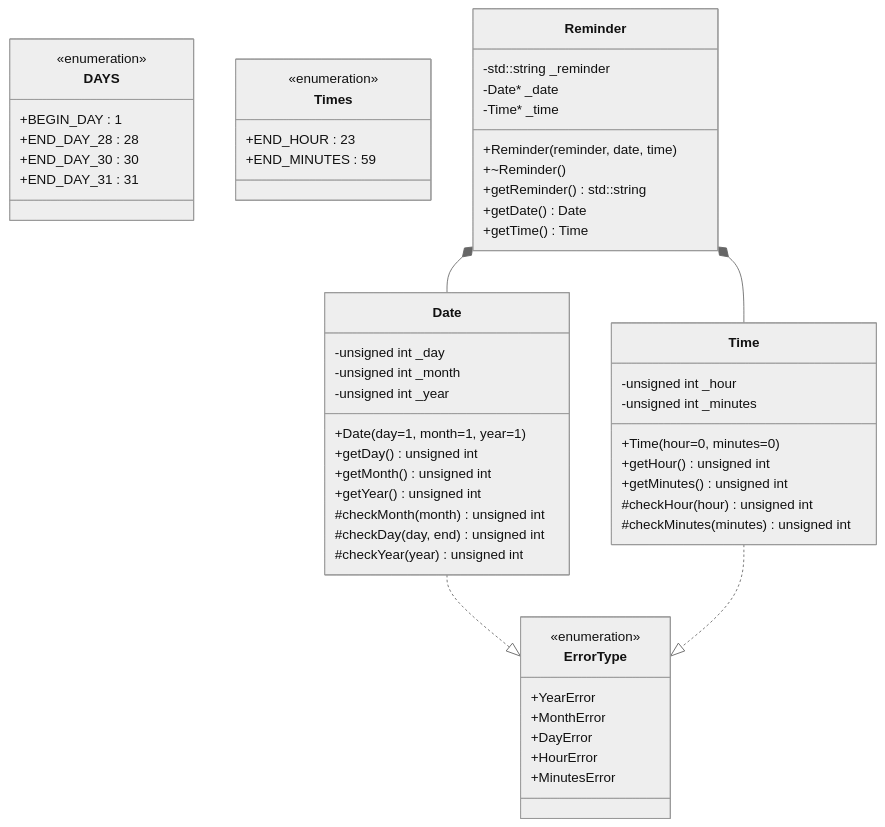
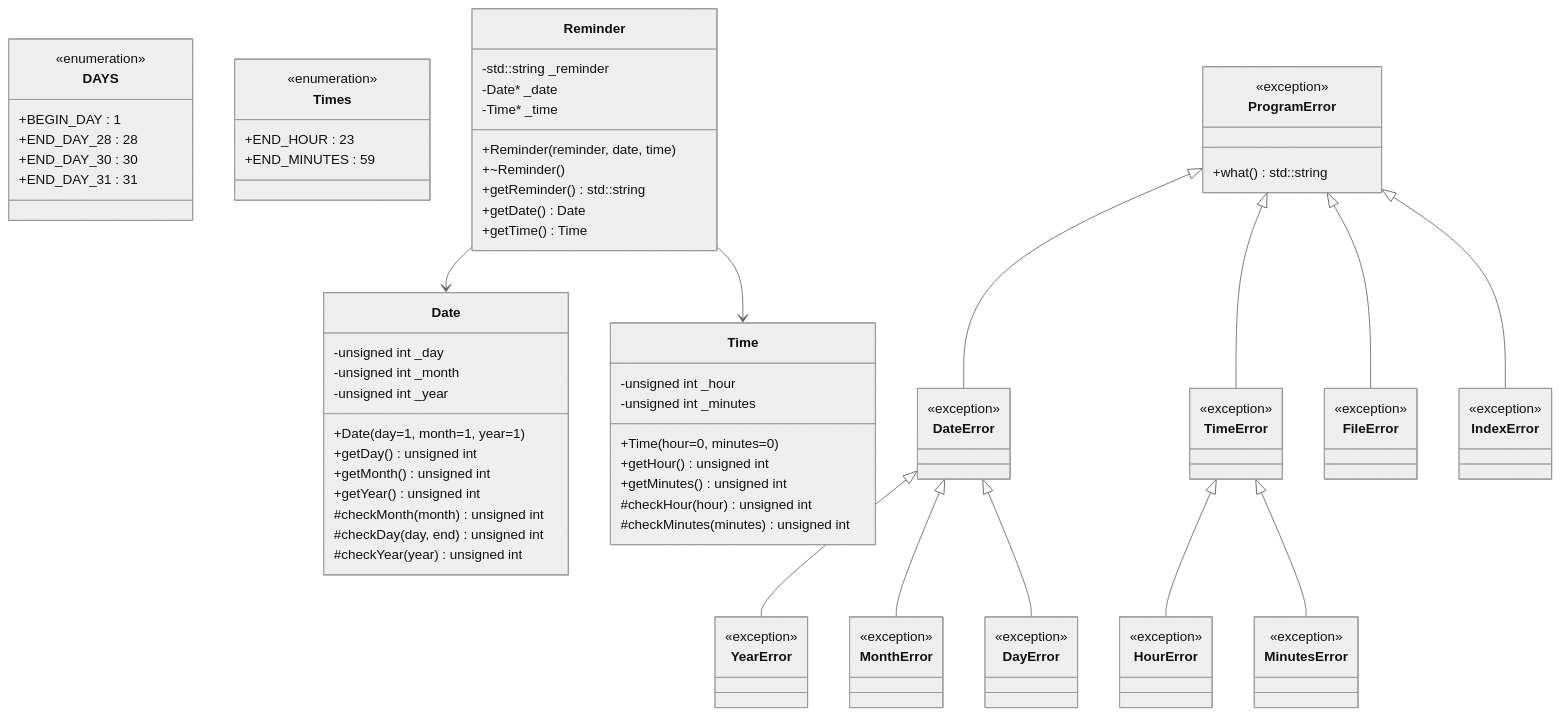
The diagram in README.md (PerevoznikovLeonid/ReminderApp), drawn with Mermaid (neutral theme) before and after one commit. The commit also changed other lines of this file, not shown here.

Commit message:
Update README.md
изменения класса ошибок

````diff
--- a/README.md
+++ b/README.md
@@ -15,13 +15,6 @@
 ``` mermaid
 classDiagram
-    class ErrorType {
-        <<enumeration>>
-        +YearError
-        +MonthError
-        +DayError
-        +HourError
-        +MinutesError
-    }
+
     
     class DAYS {
         <<enumeration>>
@@ -70,9 +63,60 @@
         +getDate() Date
         +getTime() Time
     }
-    
-    Date ..|> ErrorType 
-    Time ..|> ErrorType 
-    Reminder *-- Date 
-    Reminder *-- Time
+
+
+    class ProgramError {
+        <<exception>>
+        +what() std::string
+    }
+
+    class DateError {
+        <<exception>>
+    }
+
+    class TimeError {
+        <<exception>>
+    }
+
+    class YearError {
+        <<exception>>
+    }
+
+    class MonthError {
+        <<exception>>
+    }
+
+    class DayError {
+        <<exception>>
+    }
+
+    class HourError {
+        <<exception>>
+    }
+
+    class MinutesError {
+        <<exception>>
+    }
+    class FileError {
+        <<exception>>
+    }
+    class IndexError {
+        <<exception>>
+    }
+
+    ProgramError <|-- IndexError
+    ProgramError <|-- FileError
+
+    ProgramError <|-- DateError
+    ProgramError <|-- TimeError
+
+    DateError <|-- YearError
+    DateError <|-- MonthError
+    DateError <|-- DayError
+
+    TimeError <|-- HourError
+    TimeError <|-- MinutesError
+
+    Reminder --> Date 
+    Reminder --> Time 
 ```
````
